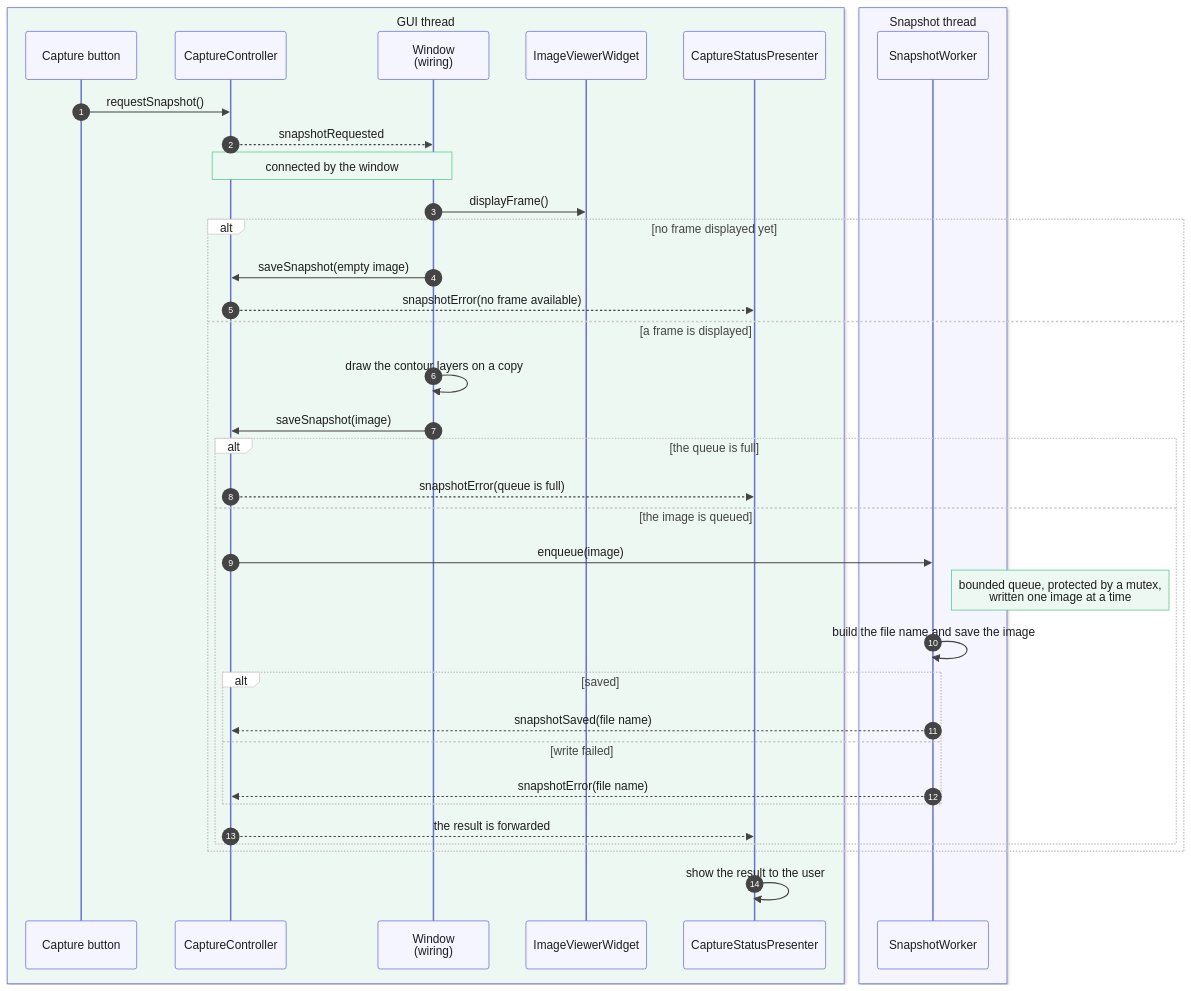
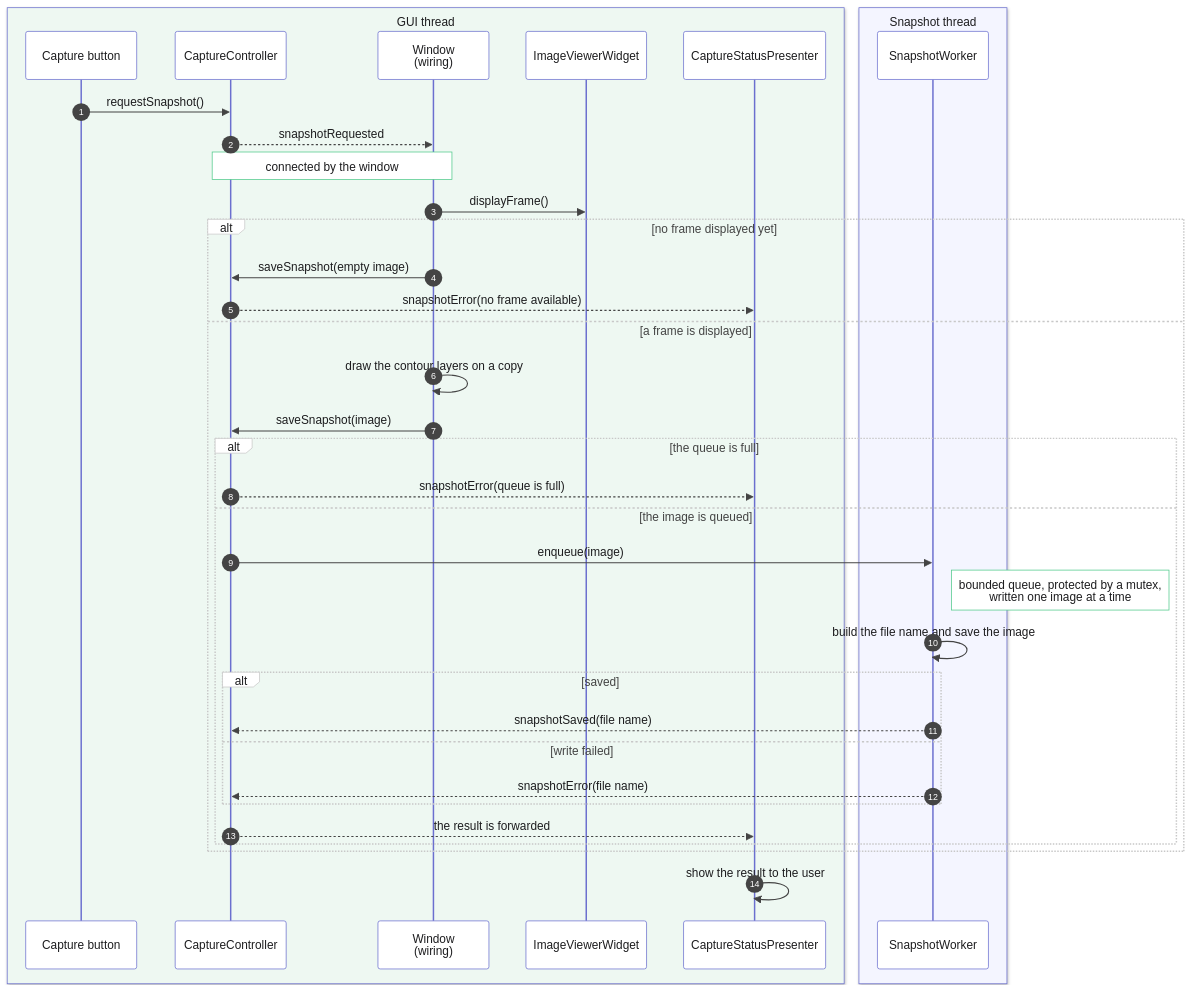
One commit to fluvel-io/fluvel-set changed the diagram in docs/mermaid/snapshot_sequence.mmd. Above: the diagram before and after it, drawn with Mermaid. The commit also changed 7 other files, not shown here.

First line of the commit message:
docs(app): use white notes and participants in the sequence diagrams

```diff
--- a/docs/mermaid/snapshot_sequence.mmd
+++ b/docs/mermaid/snapshot_sequence.mmd
@@ -1,47 +1,47 @@
 %%{init: {"theme": "base", "themeVariables": {
   "primaryColor": "#f4f5ff", "primaryBorderColor": "#6b6fcf", "primaryTextColor": "#1d1d1f",
-  "lineColor": "#6b6fcf", "actorBkg": "#f4f5ff", "actorBorder": "#6b6fcf", "actorTextColor": "#1d1d1f",
-  "noteBkgColor": "#eef8f2", "noteBorderColor": "#4fc98a", "noteTextColor": "#1d1d1f",
+  "lineColor": "#6b6fcf", "actorBkg": "#ffffff", "actorBorder": "#6b6fcf", "actorTextColor": "#1d1d1f",
+  "noteBkgColor": "#ffffff", "noteBorderColor": "#4fc98a", "noteTextColor": "#1d1d1f",
   "signalColor": "#444444", "signalTextColor": "#1d1d1f", "labelBoxBkgColor": "#ffffff",
   "labelBoxBorderColor": "#c8c8c8", "loopTextColor": "#444444", "sequenceNumberColor": "#ffffff"}}}%%
 sequenceDiagram
     autonumber
 
 
     box rgb(238,248,242) GUI thread
         participant B as Capture button
         participant C as CaptureController
         participant W as Window<br/>(wiring)
         participant V as ImageViewerWidget
         participant X as CaptureStatusPresenter
     end
     box rgb(244,245,255) Snapshot thread
         participant Q as SnapshotWorker
     end
 
     B->>C: requestSnapshot()
     C-->>W: snapshotRequested
     Note over C,W: connected by the window
     W->>V: displayFrame()
 
     alt no frame displayed yet
         W->>C: saveSnapshot(empty image)
         C-->>X: snapshotError(no frame available)
     else a frame is displayed
         W->>W: draw the contour layers on a copy
         W->>C: saveSnapshot(image)
         alt the queue is full
             C-->>X: snapshotError(queue is full)
         else the image is queued
             C->>Q: enqueue(image)
             Note right of Q: bounded queue, protected by a mutex,<br/>written one image at a time
             Q->>Q: build the file name and save the image
             alt saved
                 Q-->>C: snapshotSaved(file name)
             else write failed
                 Q-->>C: snapshotError(file name)
             end
             C-->>X: the result is forwarded
         end
     end
     X->>X: show the result to the user
```
